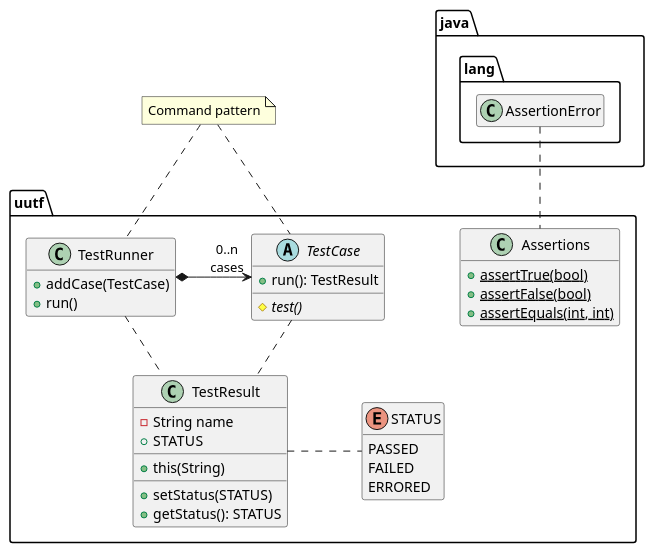
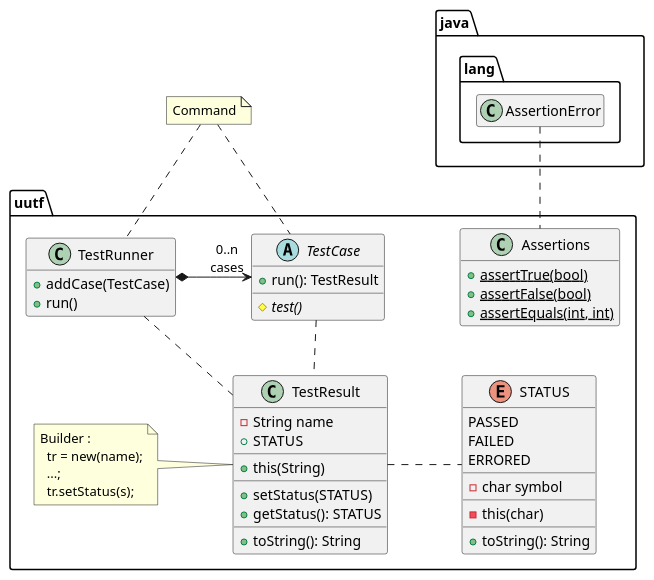
One commit to ace-lectures/inf5153-junit-demo changed the diagram in docs/uml/3_test_results.puml. Above: the diagram before and after it, drawn with PlantUML. The commit also changed 24 other files, not shown here.

```diff
--- a/docs/uml/3_test_results.puml
+++ b/docs/uml/3_test_results.puml
@@ -1,65 +1,78 @@
 @startuml
 
 skinparam nodesep 75
 skinparam ranksep 50
 hide empty members
 
 
 
 package uutf {
 
   class Assertions {
     + {static} assertTrue(bool)
     + {static} assertFalse(bool)
     + {static} assertEquals(int, int)
   }
 
   abstract class TestCase {
     + run(): TestResult
     __
     # {abstract} test()
   }
 
   class TestRunner {
     + addCase(TestCase)
     + run()
   }
 
   TestRunner *-> "0..n\ncases" TestCase
   TestCase .. TestResult
   TestRunner .. TestResult
 
 enum STATUS {
   PASSED
   FAILED
   ERRORED
+  __
+  - char symbol
+  __
+  - this(char)
+  __
+  + toString(): String
 }
 
 class TestResult {
   - String name
   + STATUS
   __
   + this(String)
   __
   + setStatus(STATUS)
   + getStatus(): STATUS
+  __
+  + toString(): String
 }
-
+note left
+ Builder :
+   tr = new(name);
+   ...;
+   tr.setStatus(s);
+end note
 TestResult . STATUS
 
 }
 
-note "Command pattern" as N1
+note "Command" as N1
 N1 .. TestRunner
 N1 .. TestCase
 
 package java.lang {
   class AssertionError
 }
 
 AssertionError .. Assertions
 
 
 
 
 @enduml
```
